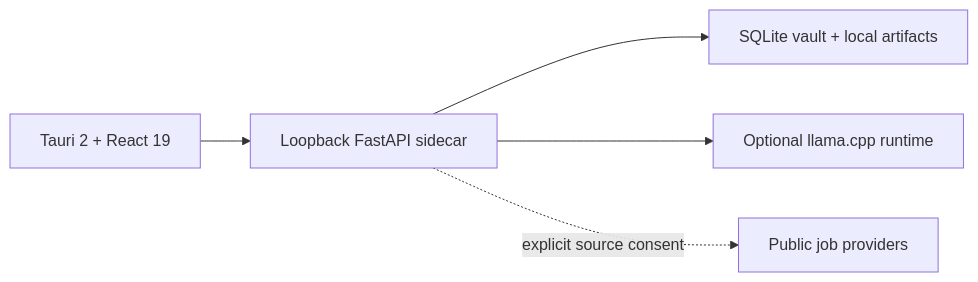
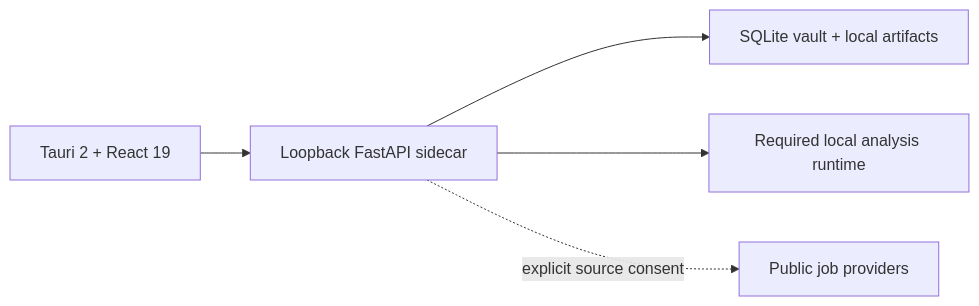
One commit to ejupi-djenis30/careeros-local changed the diagram in README.md. Above: the diagram before and after it, drawn with Mermaid. The commit also changed other lines of this file and 149 other files, not shown here.

Commit message:
feat: require verified local LLM analysis

````diff
--- a/README.md
+++ b/README.md
@@ -81,7 +82,7 @@
 ```mermaid
 flowchart LR
     UI["Tauri 2 + React 19"] --> API["Loopback FastAPI sidecar"]
     API --> Vault["SQLite vault + local artifacts"]
-    API --> AI["Optional llama.cpp runtime"]
+    API --> AI["Required local analysis runtime"]
     API -. "explicit source consent" .-> Jobs["Public job providers"]
 ```
````
